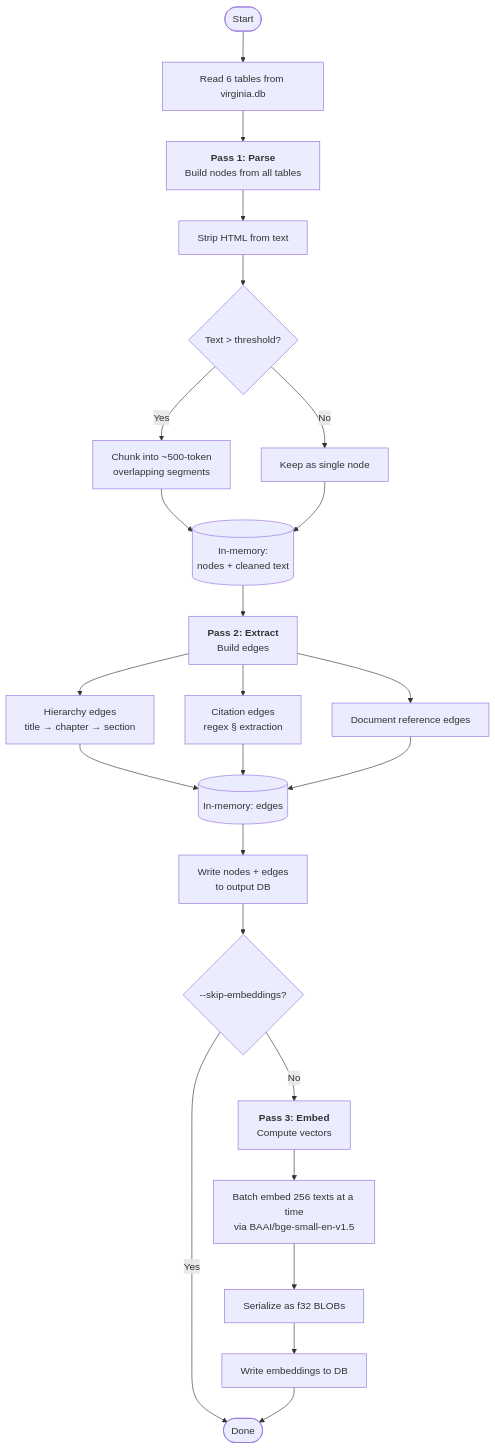
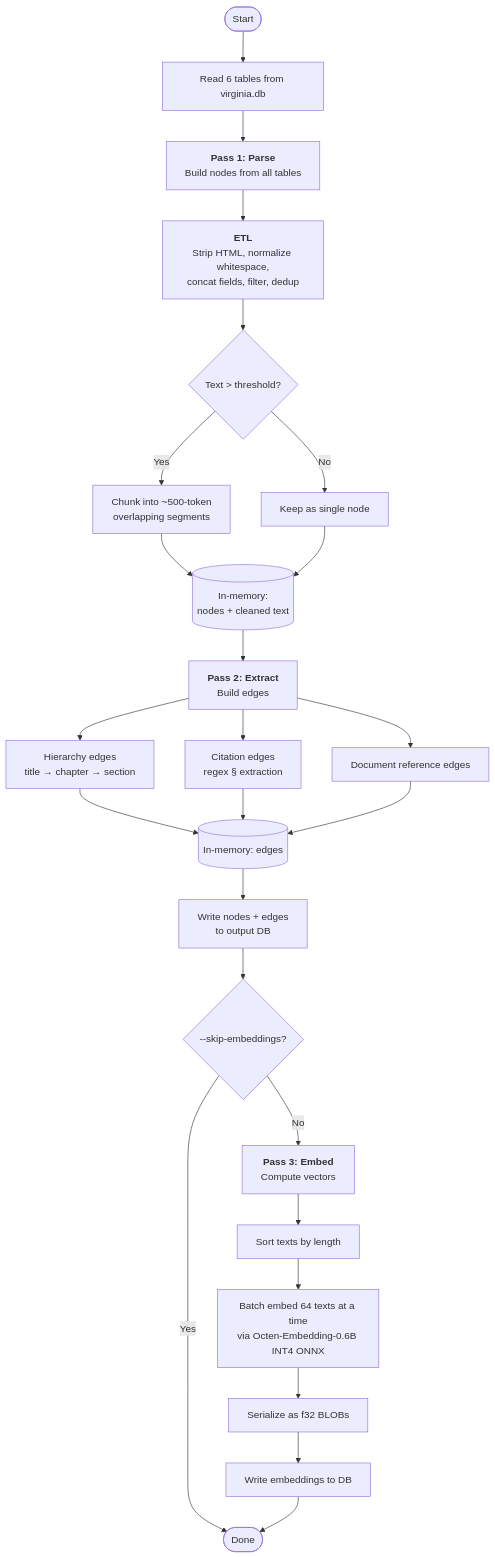
One commit to geoffsee/proseva changed the third of 8 diagrams in packages/embeddings/README.md. Above: the diagram before and after it, drawn with Mermaid. The commit also changed other lines of this file and 7 other files, not shown here.

````diff
--- a/packages/embeddings/README.md
+++ b/packages/embeddings/README.md
@@ -100,30 +104,31 @@
 ```mermaid
 flowchart TD
     START([Start]) --> READ[Read 6 tables from virginia.db]
 
     READ --> PASS1["<b>Pass 1: Parse</b><br/>Build nodes from all tables"]
-    PASS1 --> STRIP[Strip HTML from text]
-    STRIP --> CHUNK{Text > threshold?}
+    PASS1 --> ETL["<b>ETL</b><br/>Strip HTML, normalize whitespace,<br/>concat fields, filter, dedup"]
+    ETL --> CHUNK{Text > threshold?}
     CHUNK -->|Yes| SPLIT[Chunk into ~500-token<br/>overlapping segments]
     CHUNK -->|No| SINGLE[Keep as single node]
     SPLIT --> NODES[(In-memory:<br/>nodes + cleaned text)]
     SINGLE --> NODES
 
     NODES --> PASS2["<b>Pass 2: Extract</b><br/>Build edges"]
     PASS2 --> HIER[Hierarchy edges<br/>title → chapter → section]
     PASS2 --> CITE[Citation edges<br/>regex § extraction]
     PASS2 --> DOCREF[Document reference edges]
     HIER --> EDGES[(In-memory: edges)]
     CITE --> EDGES
     DOCREF --> EDGES
 
     EDGES --> WRITE[Write nodes + edges<br/>to output DB]
 
     WRITE --> SKIP{--skip-embeddings?}
     SKIP -->|Yes| DONE([Done])
     SKIP -->|No| PASS3["<b>Pass 3: Embed</b><br/>Compute vectors"]
-    PASS3 --> BATCH[Batch embed 256 texts at a time<br/>via BAAI/bge-small-en-v1.5]
+    PASS3 --> SORT[Sort texts by length]
+    SORT --> BATCH[Batch embed 64 texts at a time<br/>via Octen-Embedding-0.6B INT4 ONNX]
     BATCH --> BLOB[Serialize as f32 BLOBs]
     BLOB --> WEMBED[Write embeddings to DB]
     WEMBED --> DONE
 ```
````
